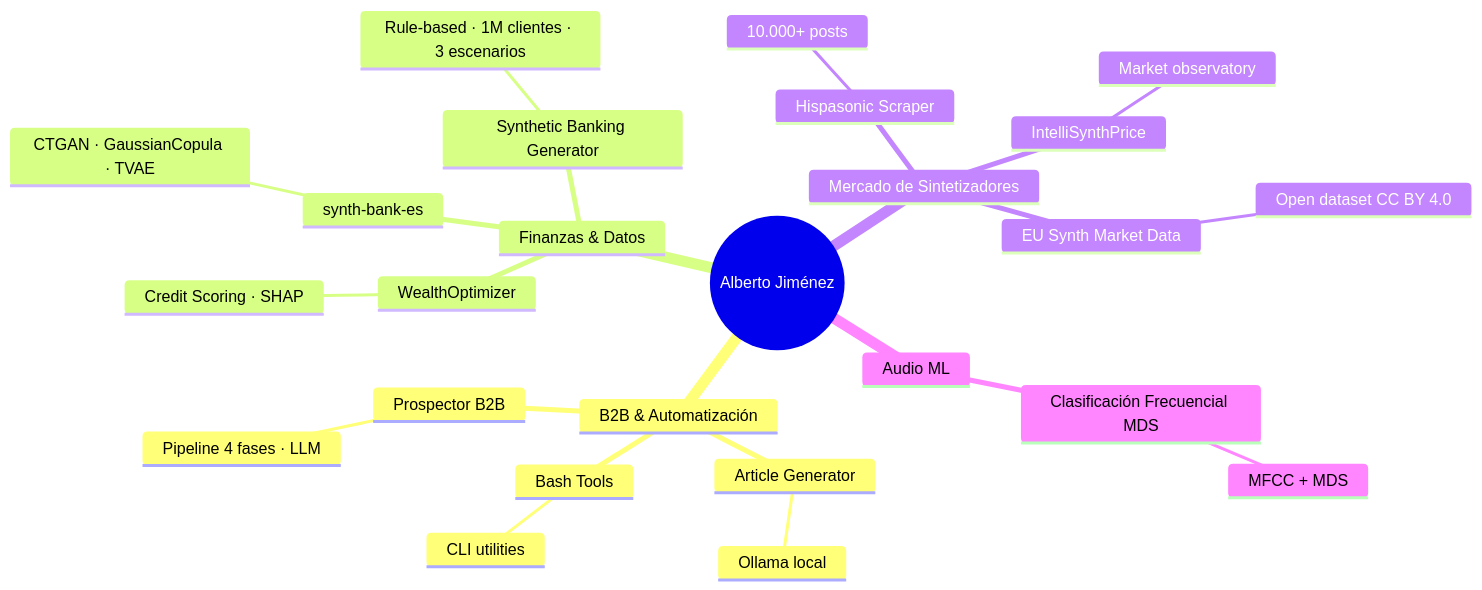
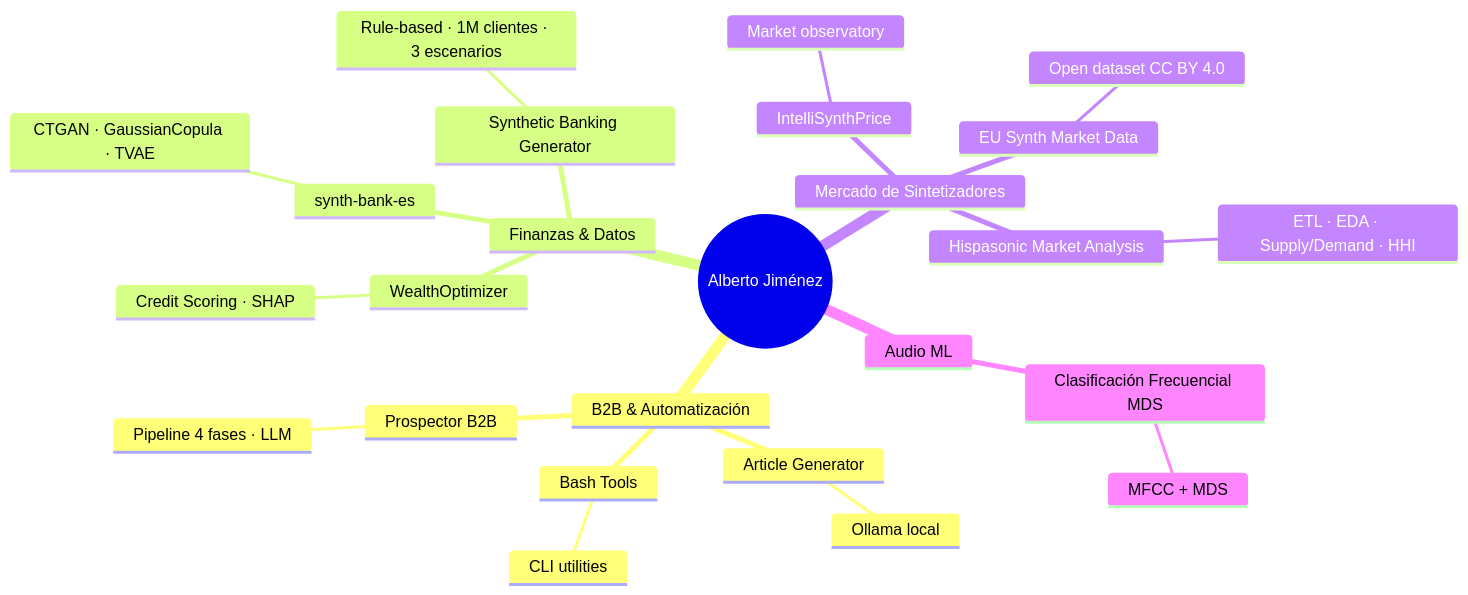
One commit to albertjimrod/albertjimrod changed the diagram in README.md. Above: the diagram before and after it, drawn with Mermaid. The commit also changed other lines of this file, not shown here.

Commit message:
añade Hispasonic Market Analysis al perfil

````diff
--- a/README.md
+++ b/README.md
@@ -45,28 +46,28 @@
 ```mermaid
 mindmap
   root((Alberto Jiménez))
     B2B & Automatización
       Prospector B2B
         Pipeline 4 fases · LLM
       Article Generator
         Ollama local
       Bash Tools
         CLI utilities
     Finanzas & Datos
       WealthOptimizer
         Credit Scoring · SHAP
       synth-bank-es
         CTGAN · GaussianCopula · TVAE
       Synthetic Banking Generator
         Rule-based · 1M clientes · 3 escenarios
     Mercado de Sintetizadores
       IntelliSynthPrice
         Market observatory
       EU Synth Market Data
         Open dataset CC BY 4.0
-      Hispasonic Scraper
-        10.000+ posts
+      Hispasonic Market Analysis
+        ETL · EDA · Supply/Demand · HHI
     Audio ML
       Clasificación Frecuencial MDS
         MFCC + MDS
 ```
````
